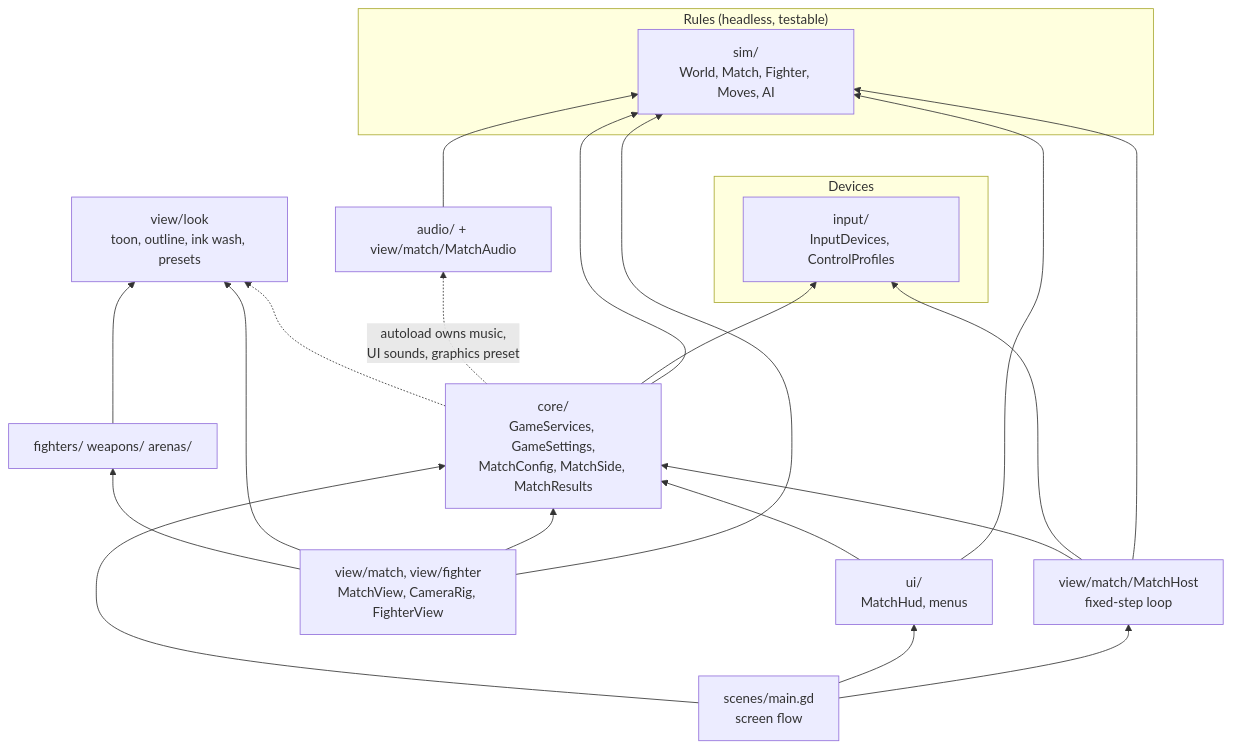
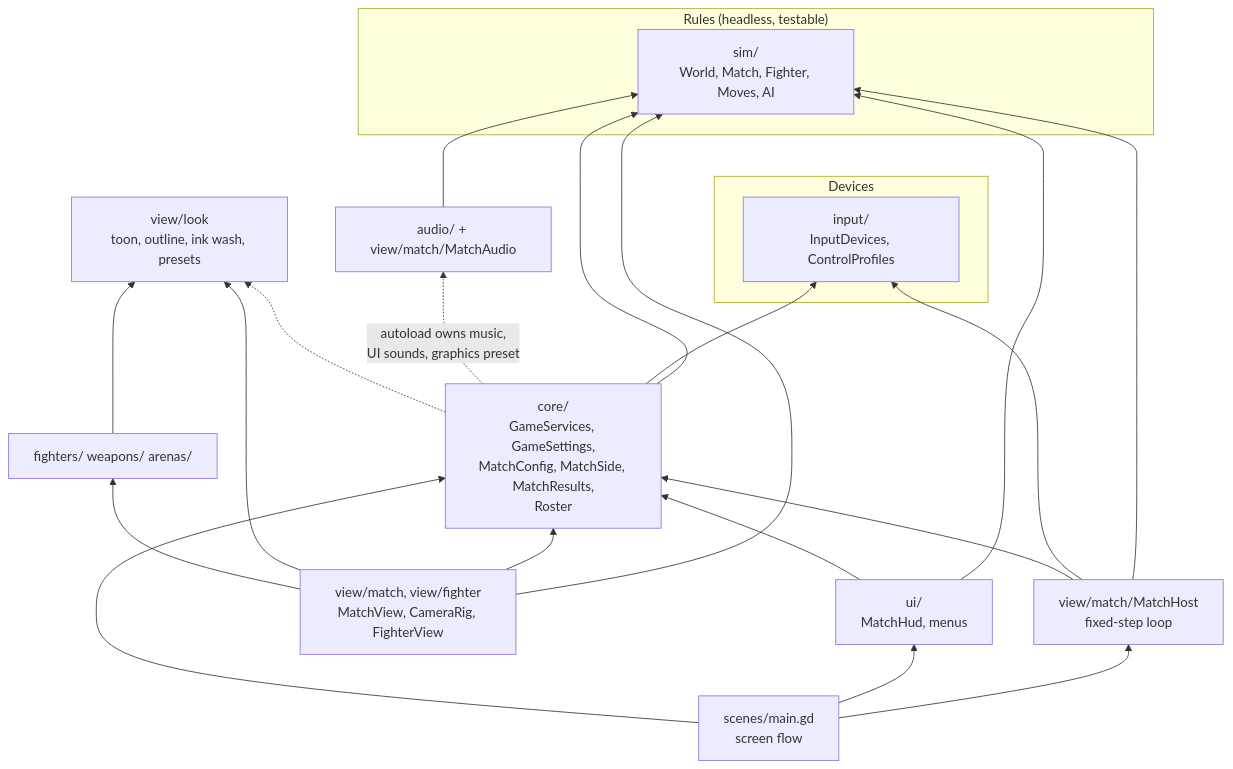
The third of 22 diagrams in docs/architecture.md (Arod231/monomachia), drawn with Mermaid before and after one commit. The commit also changed other lines of this file and 49 other files, not shown here.

````diff
--- a/docs/architecture.md
+++ b/docs/architecture.md
@@ -108,36 +108,36 @@
 ```mermaid
 flowchart BT
     subgraph RULES["Rules (headless, testable)"]
         SIM["sim/<br/>World, Match, Fighter, Moves, AI"]
     end
     subgraph DEVICES["Devices"]
         INPUT["input/<br/>InputDevices, ControlProfiles"]
     end
-    CORE["core/<br/>GameServices, GameSettings,<br/>MatchConfig, MatchSide, MatchResults"]
+    CORE["core/<br/>GameServices, GameSettings,<br/>MatchConfig, MatchSide, MatchResults,<br/>Roster"]
     HOST["view/match/MatchHost<br/>fixed-step loop"]
     VIEW["view/match, view/fighter<br/>MatchView, CameraRig, FighterView"]
     LOOK["view/look<br/>toon, outline, ink wash, presets"]
     AUDIO["audio/ + view/match/MatchAudio"]
     UI["ui/<br/>MatchHud, menus"]
     MAIN["scenes/main.gd<br/>screen flow"]
     CONTENT["fighters/ weapons/ arenas/"]
 
     CORE --> SIM
     CORE --> INPUT
     HOST --> SIM
     HOST --> INPUT
     HOST --> CORE
     VIEW --> SIM
     VIEW --> CORE
     VIEW --> LOOK
     VIEW --> CONTENT
     CONTENT --> LOOK
     AUDIO --> SIM
     UI --> SIM
     UI --> CORE
     MAIN --> HOST
     MAIN --> UI
     MAIN --> CORE
     CORE -. "autoload owns music,<br/>UI sounds, graphics preset" .-> AUDIO
     CORE -.-> LOOK
 ```
````
